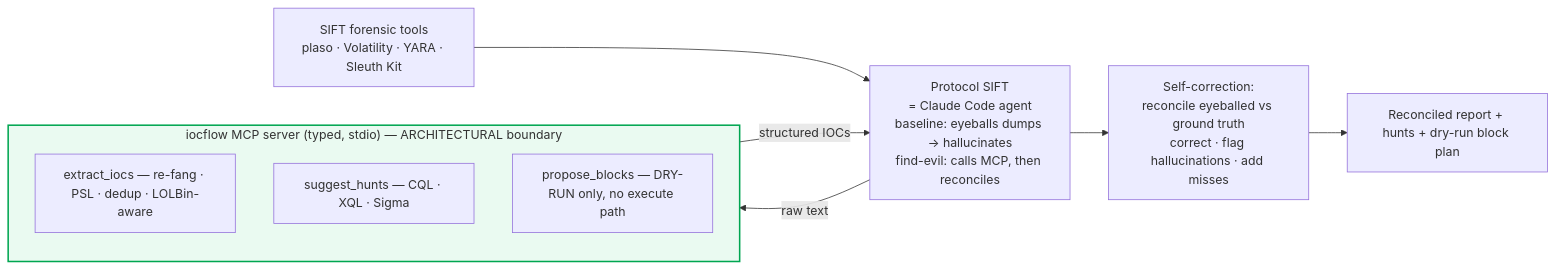
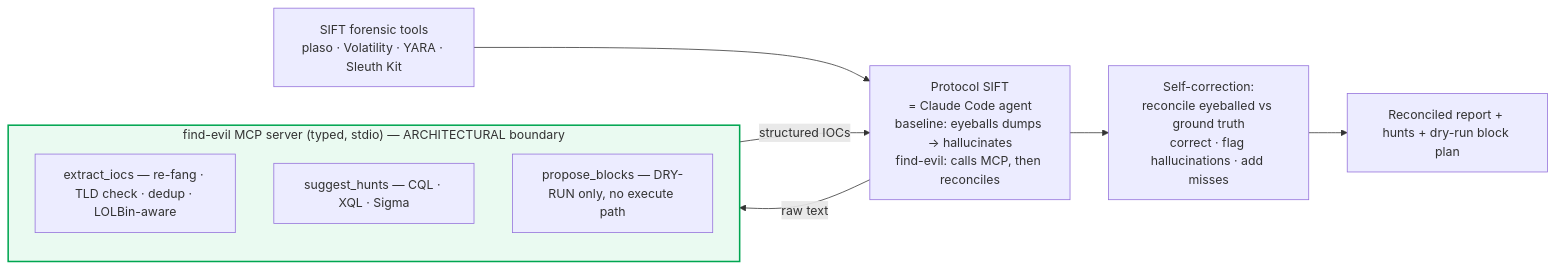
One commit to vinayvobbili/vinayvobbili.github.io changed the diagram in _posts/2026-06-14-find-evil-self-correcting-dfir-agent.md. Above: the diagram before and after it, drawn with Mermaid. The commit also changed other lines of this file and 2 other files, not shown here.

Commit message:
find-evil post: the repo now has its own MCP tools; say so, and drop the private-toolkit wording

````diff
--- a/_posts/2026-06-14-find-evil-self-correcting-dfir-agent.md
+++ b/_posts/2026-06-14-find-evil-self-correcting-dfir-agent.md
@@ -59,18 +62,18 @@
 ```mermaid
 flowchart LR
   TOOLS["SIFT forensic tools<br/>plaso · Volatility · YARA · Sleuth Kit"]
   AGENT["Protocol SIFT<br/>= Claude Code agent<br/>baseline: eyeballs dumps → hallucinates<br/>find-evil: calls MCP, then reconciles"]
-  subgraph MCP["iocflow MCP server (typed, stdio) — ARCHITECTURAL boundary"]
-    M1["extract_iocs — re-fang · PSL · dedup · LOLBin-aware"]
+  subgraph MCP["find-evil MCP server (typed, stdio) — ARCHITECTURAL boundary"]
+    M1["extract_iocs — re-fang · TLD check · dedup · LOLBin-aware"]
     M4["suggest_hunts — CQL · XQL · Sigma"]
     M5["propose_blocks — DRY-RUN only, no execute path"]
   end
   RECON["Self-correction:<br/>reconcile eyeballed vs ground truth<br/>correct · flag hallucinations · add misses"]
   OUT["Reconciled report + hunts + dry-run block plan"]
   TOOLS --> AGENT
   AGENT -- raw text --> MCP
   MCP -- structured IOCs --> AGENT
   AGENT --> RECON --> OUT
   classDef arch fill:#eafaf1,stroke:#00A651,stroke-width:2px;
   class MCP arch
 ```
````
